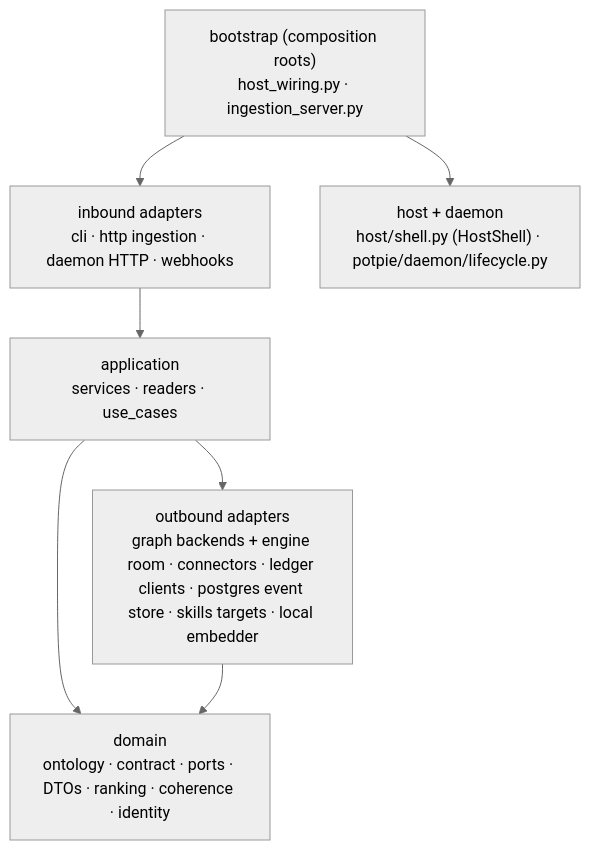
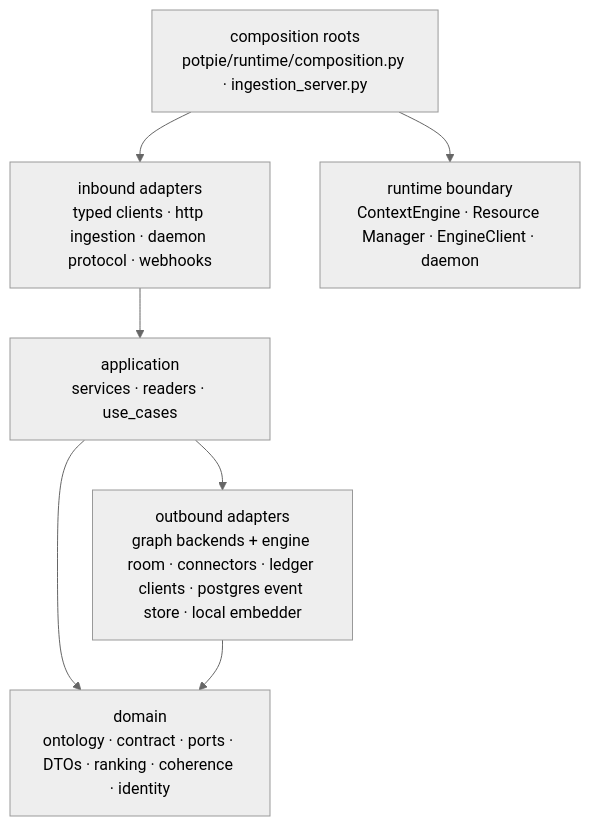
Before and after one commit to potpie-ai/potpie: the first of 5 diagrams in docs/context-graph/architecture.md, drawn with Mermaid (neutral theme). The commit also changed other lines of this file and 687 other files, not shown here.

First line of the commit message:
Refactor context engine boundaries and daemon reconciliation (#1057)

````diff
--- a/docs/context-graph/architecture.md
+++ b/docs/context-graph/architecture.md
@@ -32,16 +32,16 @@
 ```mermaid
 flowchart TB
-  cg_inbound["inbound adapters<br/>cli · http ingestion · daemon HTTP · webhooks"]
+  cg_inbound["inbound adapters<br/>typed clients · http ingestion · daemon protocol · webhooks"]
   cg_app["application<br/>services · readers · use_cases"]
   cg_domain["domain<br/>ontology · contract · ports · DTOs · ranking · coherence · identity"]
-  cg_outbound["outbound adapters<br/>graph backends + engine room · connectors · ledger clients · postgres event store · skills targets · local embedder"]
-  cg_boot["bootstrap (composition roots)<br/>host_wiring.py · ingestion_server.py"]
-  cg_host["host + daemon<br/>host/shell.py (HostShell) · potpie/daemon/lifecycle.py"]
+  cg_outbound["outbound adapters<br/>graph backends + engine room · connectors · ledger clients · postgres event store · local embedder"]
+  cg_boot["composition roots<br/>potpie/runtime/composition.py · ingestion_server.py"]
+  cg_host["runtime boundary<br/>ContextEngine · Resource Manager · EngineClient · daemon"]
 
   cg_boot --> cg_host
   cg_boot --> cg_inbound
   cg_inbound --> cg_app
   cg_app --> cg_domain
   cg_app --> cg_outbound
   cg_outbound --> cg_domain
 ```
````
